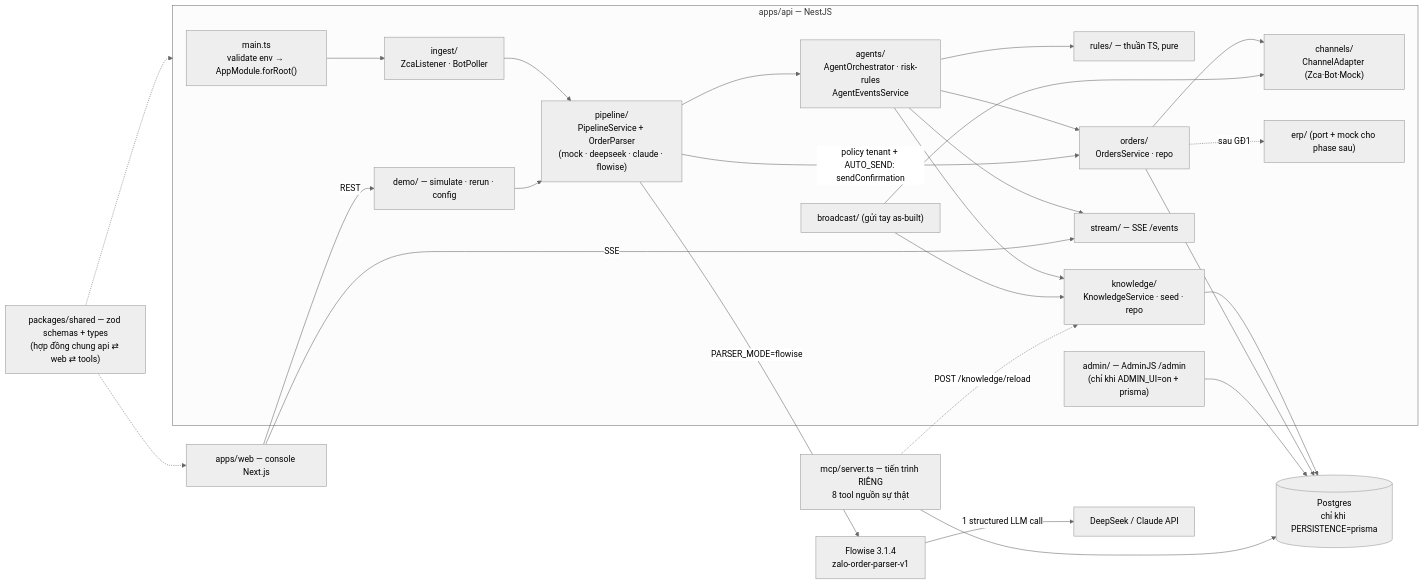
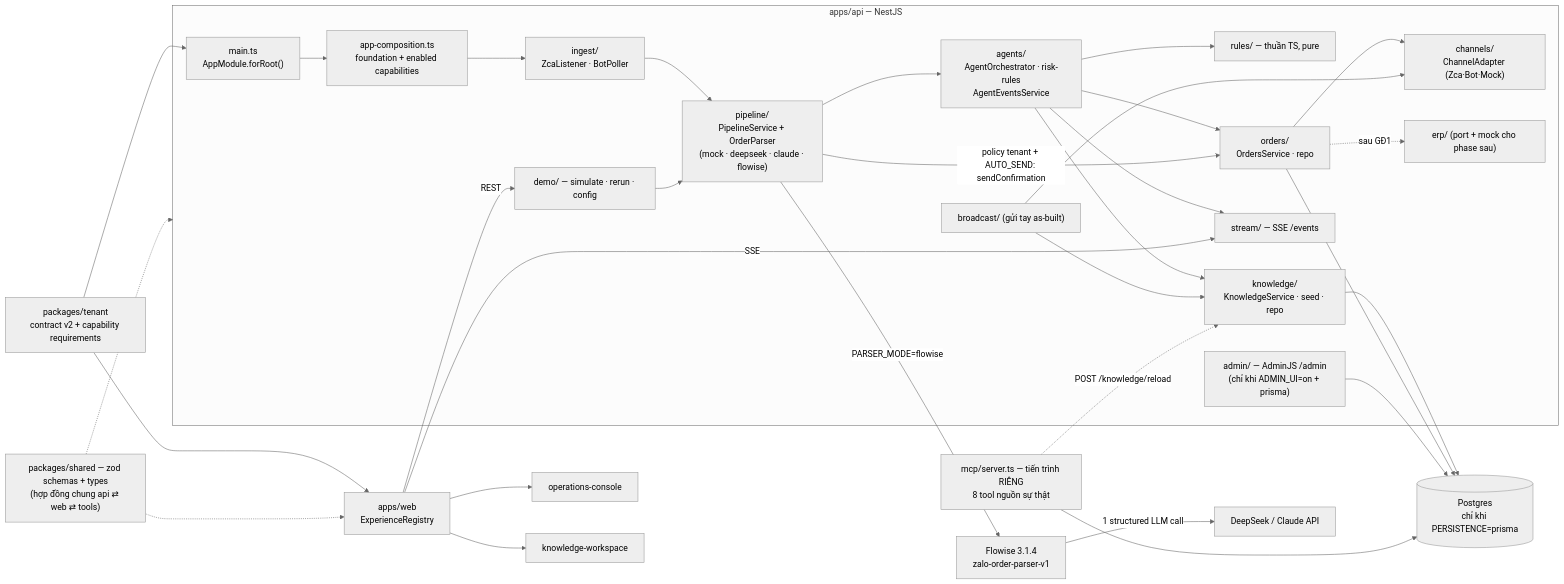
One commit to phungtienviet14-sketch/nexagnet-platform changed the third of 12 diagrams in docs/kien-truc/he-thong.md. Above: the diagram before and after it, drawn with Mermaid (neutral theme). The commit also changed other lines of this file and 75 other files, not shown here.

````diff
--- a/docs/kien-truc/he-thong.md
+++ b/docs/kien-truc/he-thong.md
@@ -146,48 +158,56 @@
 ```mermaid
 flowchart LR
+    TEN2["packages/tenant<br/>contract v2 + capability requirements"]
     subgraph APIAPP["apps/api — NestJS"]
-        MAIN["main.ts<br/>validate env → AppModule.forRoot()"]
+        MAIN["main.ts<br/>AppModule.forRoot()"]
+        COMP["app-composition.ts<br/>foundation + enabled capabilities"]
         ING2["ingest/<br/>ZcaListener · BotPoller"]
         PIP2["pipeline/<br/>PipelineService + OrderParser<br/>(mock · deepseek · claude · flowise)"]
         AGE2["agents/<br/>AgentOrchestrator · risk-rules<br/>AgentEventsService"]
         RUL2["rules/ — thuần TS, pure"]
         KNO2["knowledge/<br/>KnowledgeService · seed · repo"]
         ORD2["orders/<br/>OrdersService · repo"]
         CHA2["channels/<br/>ChannelAdapter (Zca·Bot·Mock)"]
         KIO2["erp/ (port + mock cho phase sau)"]
         BRO2["broadcast/ (gửi tay as-built)"]
         STR2["stream/ — SSE /events"]
         DEM2["demo/ — simulate · rerun · config"]
         ADM2["admin/ — AdminJS /admin<br/>(chỉ khi ADMIN_UI=on + prisma)"]
     end
     MCP2["mcp/server.ts — tiến trình RIÊNG<br/>8 tool nguồn sự thật"]
-    WEB2["apps/web — console Next.js"]
+    WEB2["apps/web<br/>ExperienceRegistry"]
+    OPSX["operations-console"]
+    KNOWX["knowledge-workspace"]
     SHA2["packages/shared — zod schemas + types<br/>(hợp đồng chung api ⇄ web ⇄ tools)"]
     PG2[("Postgres<br/>chỉ khi PERSISTENCE=prisma")]
     FLO2["Flowise 3.1.4<br/>zalo-order-parser-v1"]
     LLM2["DeepSeek / Claude API"]
 
-    MAIN --> ING2
+    TEN2 --> MAIN --> COMP
+    COMP --> ING2
+    TEN2 --> WEB2
+    WEB2 --> OPSX
+    WEB2 --> KNOWX
     ING2 --> PIP2 --> AGE2
     PIP2 -->|"PARSER_MODE=flowise"| FLO2
     FLO2 -->|"1 structured LLM call"| LLM2
     AGE2 --> RUL2
     AGE2 --> KNO2
     AGE2 --> ORD2
     PIP2 -->|"policy tenant + AUTO_SEND: sendConfirmation"| ORD2
     DEM2 --> PIP2
     ORD2 --> CHA2
     ORD2 -.->|"sau GĐ1"| KIO2
     BRO2 --> CHA2
     BRO2 --> KNO2
     AGE2 --> STR2
     KNO2 --> PG2
     ORD2 --> PG2
     ADM2 --> PG2
     MCP2 --> PG2
     MCP2 -.->|"POST /knowledge/reload"| KNO2
     WEB2 -->|REST| DEM2
     WEB2 -->|SSE| STR2
     SHA2 -.-> APIAPP
     SHA2 -.-> WEB2
 ```
````
